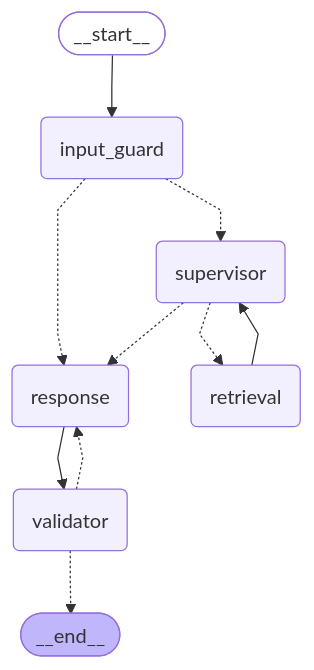
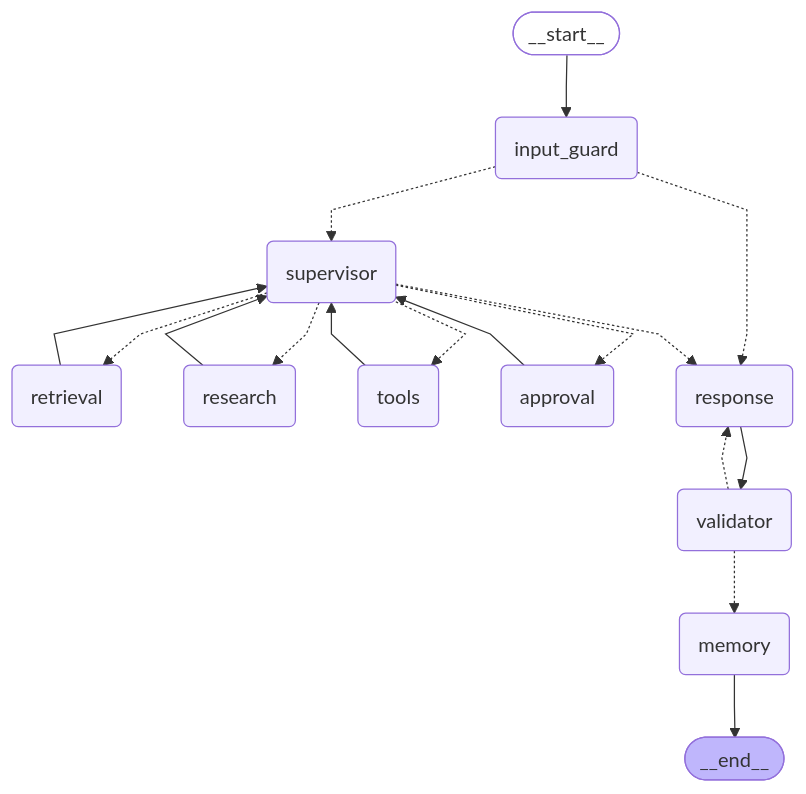
One commit to madukawala/enterprise-knowledge-agent changed the diagram in docs/architecture/03-agent-graph.generated.md. Above: the diagram before and after it, drawn with Mermaid. The commit also changed other lines of this file and 175 other files, not shown here.

Commit message:
Add auth, rate limits, guardrails, sandbox, research, memory, resilience, MCP tools, approvals, observability and final docs

````diff
--- a/docs/architecture/03-agent-graph.generated.md
+++ b/docs/architecture/03-agent-graph.generated.md
@@ -11,27 +9,38 @@
 ```mermaid
 ---
 config:
   flowchart:
     curve: linear
 ---
 graph TD;
 	__start__([<p>__start__</p>]):::first
 	input_guard(input_guard)
 	supervisor(supervisor)
 	retrieval(retrieval)
+	research(research)
+	tools(tools)
+	approval(approval)
 	response(response)
 	validator(validator)
+	memory(memory)
 	__end__([<p>__end__</p>]):::last
 	__start__ --> input_guard;
+	approval --> supervisor;
 	input_guard -.-> response;
 	input_guard -.-> supervisor;
+	research --> supervisor;
 	response --> validator;
 	retrieval --> supervisor;
+	supervisor -.-> approval;
+	supervisor -.-> research;
 	supervisor -.-> response;
 	supervisor -.-> retrieval;
-	validator -.-> __end__;
+	supervisor -.-> tools;
+	tools --> supervisor;
+	validator -.-> memory;
 	validator -.-> response;
+	memory --> __end__;
 	classDef default fill:#f2f0ff,line-height:1.2
 	classDef first fill-opacity:0
 	classDef last fill:#bfb6fc
 ```
````
